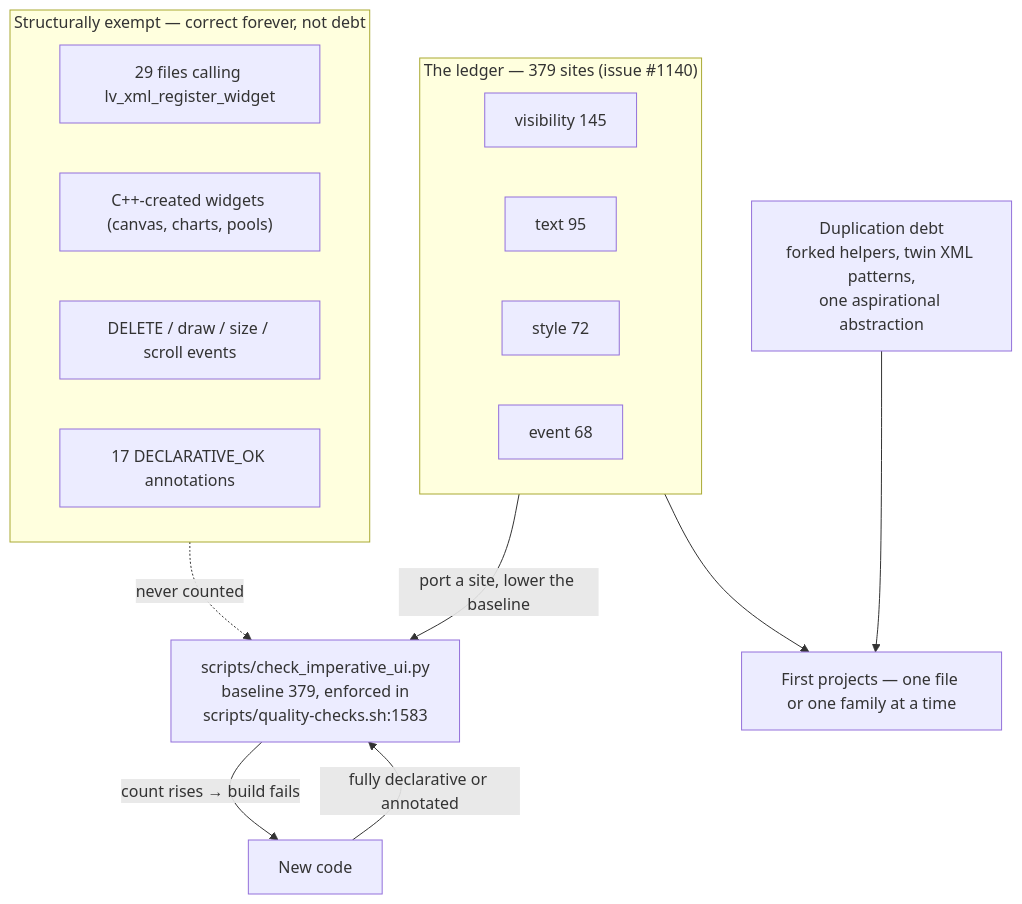
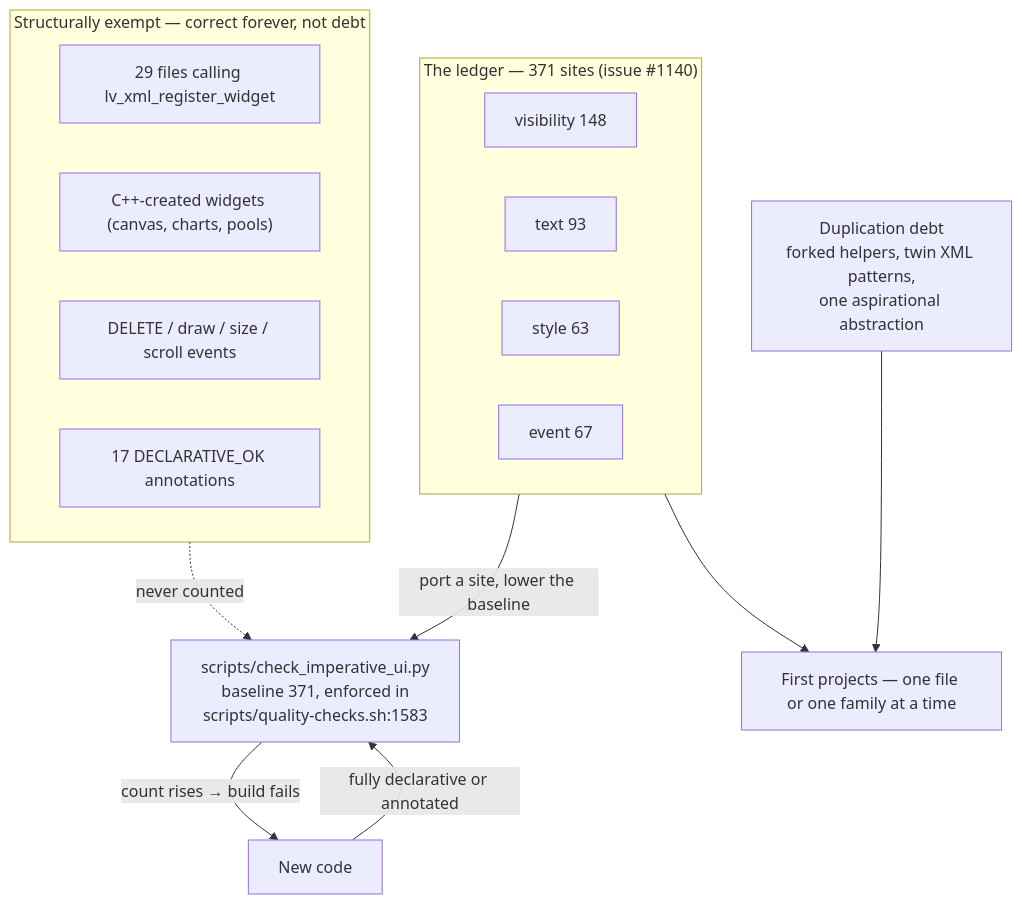
Before and after one commit to prestonbrown/helixscreen: the diagram in docs/devel/architecture/15-known-debt.md, drawn with Mermaid. The commit also changed other lines of this file and 3 other files, not shown here.

First line of the commit message:
chore(gate): ratchet the imperative-UI baseline 379 -> 371

````diff
--- a/docs/devel/architecture/15-known-debt.md
+++ b/docs/devel/architecture/15-known-debt.md
@@ -7,26 +7,26 @@
 ```mermaid
 flowchart TD
     NEW["New code"] -->|"fully declarative or annotated"| GATE
 
-    subgraph LEDGER["The ledger — 379 sites (issue #1140)"]
-        V["visibility 145"]
-        T["text 95"]
-        S["style 72"]
-        E["event 68"]
+    subgraph LEDGER["The ledger — 371 sites (issue #1140)"]
+        V["visibility 148"]
+        T["text 93"]
+        S["style 63"]
+        E["event 67"]
     end
 
-    GATE["scripts/check_imperative_ui.py<br/>baseline 379, enforced in<br/>scripts/quality-checks.sh:1583"]
+    GATE["scripts/check_imperative_ui.py<br/>baseline 371, enforced in<br/>scripts/quality-checks.sh:1583"]
     LEDGER -->|"port a site, lower the baseline"| GATE
     GATE -->|"count rises → build fails"| NEW
 
     subgraph EXEMPT["Structurally exempt — correct forever, not debt"]
         W["29 files calling lv_xml_register_widget"]
         C["C++-created widgets (canvas, charts, pools)"]
         H["DELETE / draw / size / scroll events"]
         A["17 DECLARATIVE_OK annotations"]
     end
     EXEMPT -.->|"never counted"| GATE
 
     DUP["Duplication debt<br/>forked helpers, twin XML patterns,<br/>one aspirational abstraction"] --> PROJECTS
     LEDGER --> PROJECTS["First projects — one file or one family at a time"]
 ```
````
